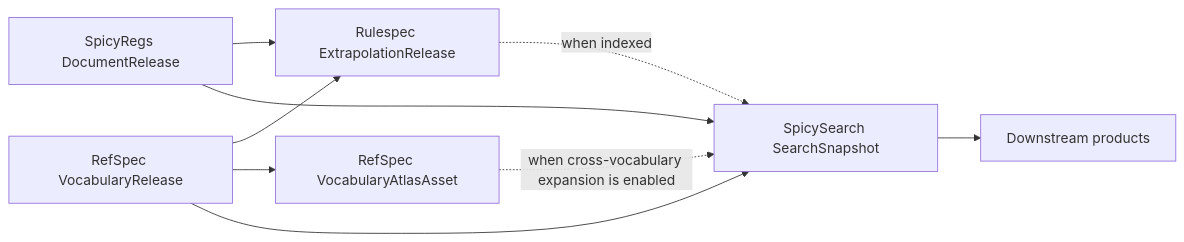
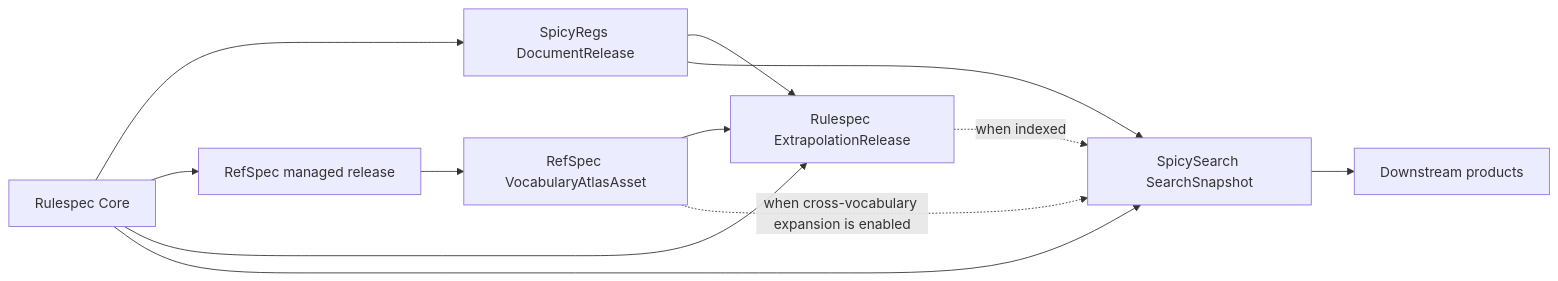
One commit to mikewolfd/spicy-regs changed the third of 3 diagrams in docs/superpowers/specs/2026-07-31-spicysearch-product-boundary-and-extraction-plan.md. Above: the diagram before and after it, drawn with Mermaid. The commit also changed other lines of this file and 1 other file, not shown here.

First line of the commit message:
docs(product): update the boundary for managed releases

````diff
--- a/docs/superpowers/specs/2026-07-31-spicysearch-product-boundary-and-extraction-plan.md
+++ b/docs/superpowers/specs/2026-07-31-spicysearch-product-boundary-and-extraction-plan.md
@@ -661,11 +681,14 @@
 ```mermaid
 flowchart LR
-    DR["SpicyRegs DocumentRelease"] --> ER["Rulespec ExtrapolationRelease"]
-    VR["RefSpec VocabularyRelease"] --> ER
-    VR --> VA["RefSpec VocabularyAtlasAsset"]
-    DR --> SS["SpicySearch SearchSnapshot"]
-    VR --> SS
+    RC["Rulespec Core"] --> DR["SpicyRegs DocumentRelease"]
+    RC --> MR["RefSpec managed release"]
+    RC --> ER["Rulespec ExtrapolationRelease"]
+    RC --> SS["SpicySearch SearchSnapshot"]
+    MR --> VA["RefSpec VocabularyAtlasAsset"]
+    DR --> ER
+    VA --> ER
+    DR --> SS
     VA -. "when cross-vocabulary expansion is enabled" .-> SS
     ER -. "when indexed" .-> SS
     SS --> DP["Downstream products"]
 ```
````
